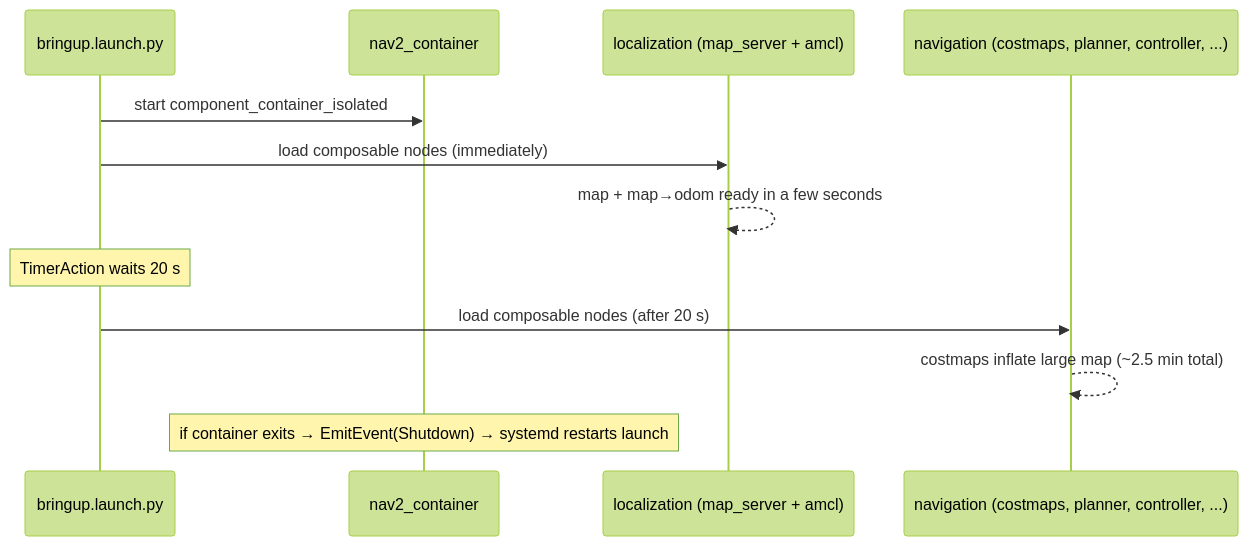
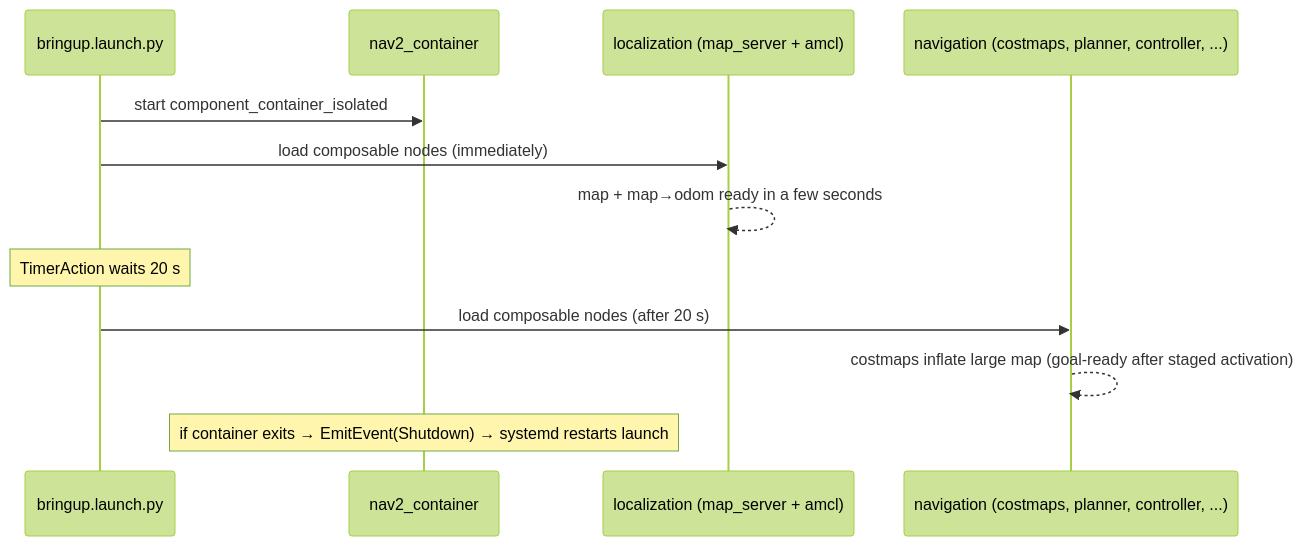
Before and after one commit to cmu-impactlab/patrolbot: the second of 3 diagrams in docs/architecture/execution-flow.md, drawn with Mermaid (forest theme). The commit also changed other lines of this file and 41 other files, not shown here.

````diff
--- a/docs/architecture/execution-flow.md
+++ b/docs/architecture/execution-flow.md
@@ -88,15 +85,15 @@
 ```mermaid
 sequenceDiagram
     participant Launch as bringup.launch.py
     participant Cont as nav2_container
     participant Loc as localization (map_server + amcl)
     participant Nav as navigation (costmaps, planner, controller, ...)
 
     Launch->>Cont: start component_container_isolated
     Launch->>Loc: load composable nodes (immediately)
     Loc-->>Loc: map + map→odom ready in a few seconds
     Note over Launch: TimerAction waits 20 s
     Launch->>Nav: load composable nodes (after 20 s)
-    Nav-->>Nav: costmaps inflate large map (~2.5 min total)
+    Nav-->>Nav: costmaps inflate large map (goal-ready after staged activation)
     Note over Cont: if container exits → EmitEvent(Shutdown) → systemd restarts launch
 ```
````
